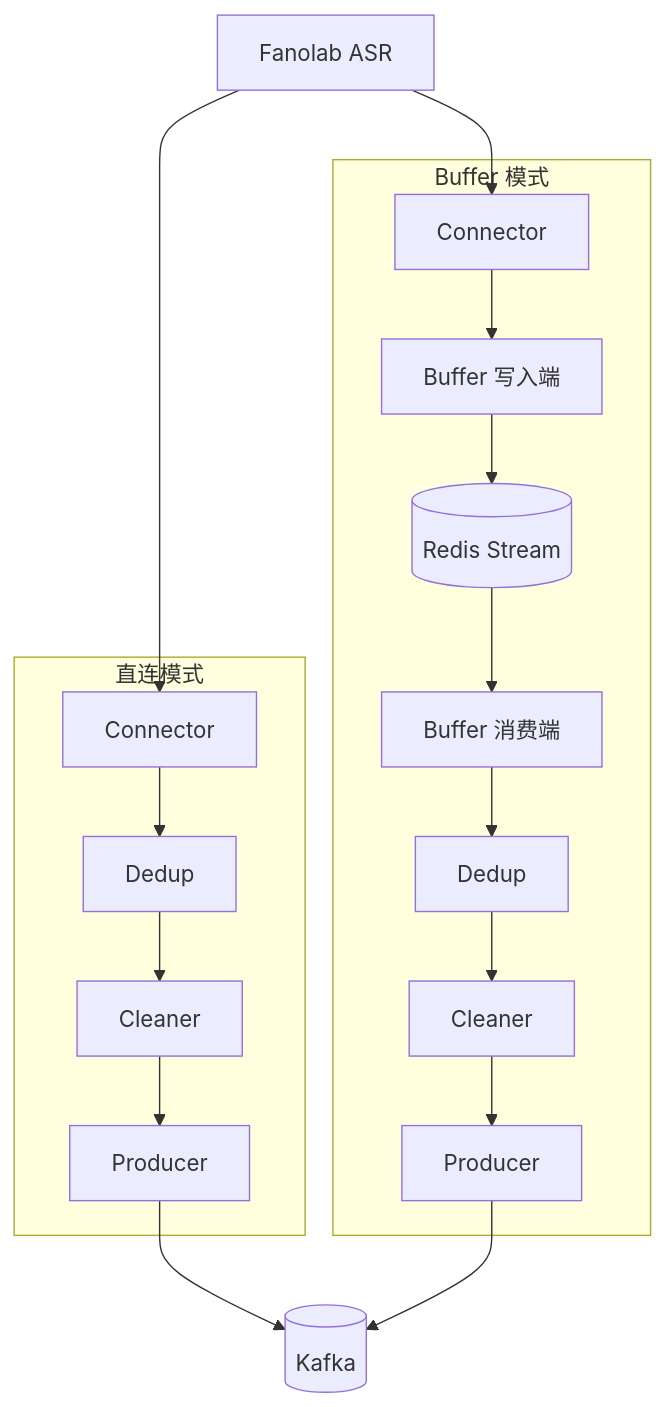
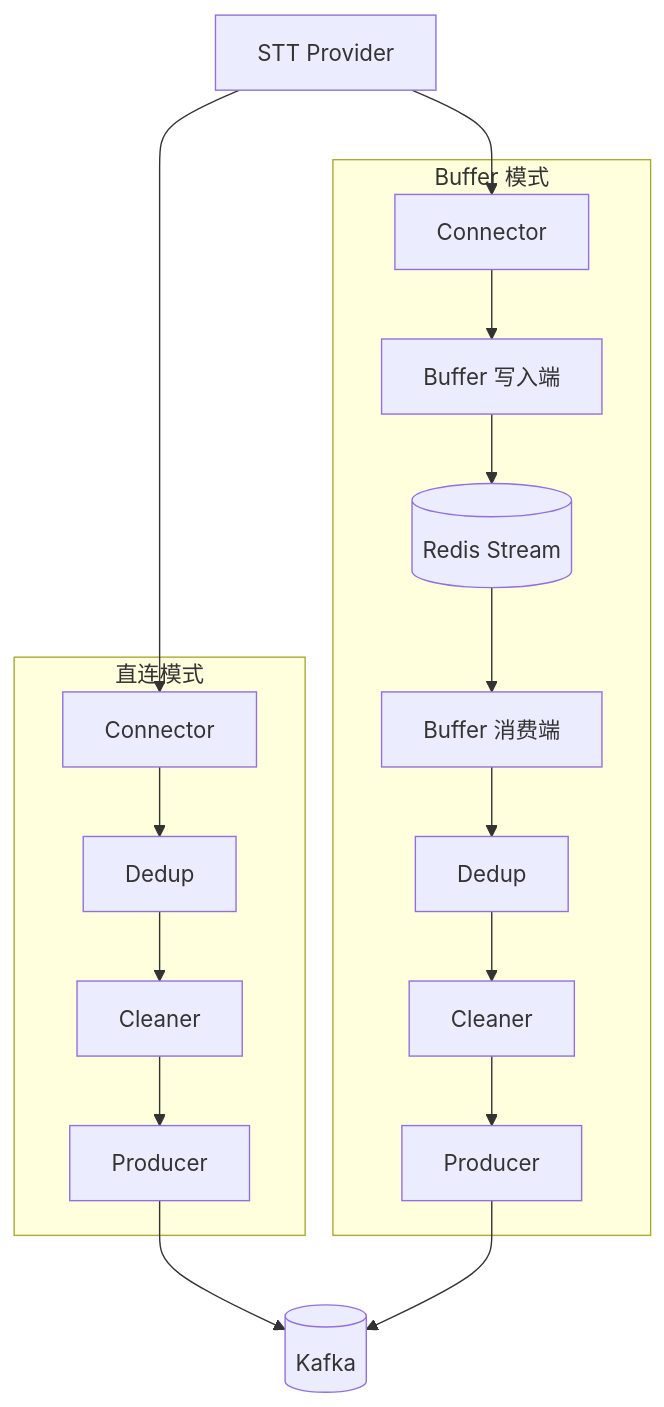
The diagram in docs/architecture.md (xiaodouya001/transcribe_service), drawn with Mermaid before and after one commit. The commit also changed other lines of this file and 26 other files, not shown here.

Commit message:
Refactor project to replace references from Fanolab ASR to STT Provider, updating environment variables, documentation, and code comments accordingly. Change Kafka topic name to 'transcription_topic' and enhance clarity in README and architecture documentation.

````diff
--- a/docs/architecture.md
+++ b/docs/architecture.md
@@ -24,30 +24,30 @@
 ```mermaid
 flowchart TB
     subgraph Direct [直连模式]
         Connector1[Connector]
         Dedup1[Dedup]
         Cleaner1[Cleaner]
         Producer1[Producer]
         Connector1 --> Dedup1
         Dedup1 --> Cleaner1
         Cleaner1 --> Producer1
     end
     subgraph Buffer [Buffer 模式]
         Connector2[Connector]
         BufferWrite[Buffer 写入端]
         BufferRead[Buffer 消费端]
         Dedup2[Dedup]
         Cleaner2[Cleaner]
         Producer2[Producer]
         Connector2 --> BufferWrite
         BufferWrite --> Redis[(Redis Stream)]
         Redis --> BufferRead
         BufferRead --> Dedup2
         Dedup2 --> Cleaner2
         Cleaner2 --> Producer2
     end
-    ASR[Fanolab ASR] --> Connector1
-    ASR --> Connector2
+    STT[STT Provider] --> Connector1
+    STT --> Connector2
     Producer1 --> Kafka[(Kafka)]
     Producer2 --> Kafka
 ```
````
